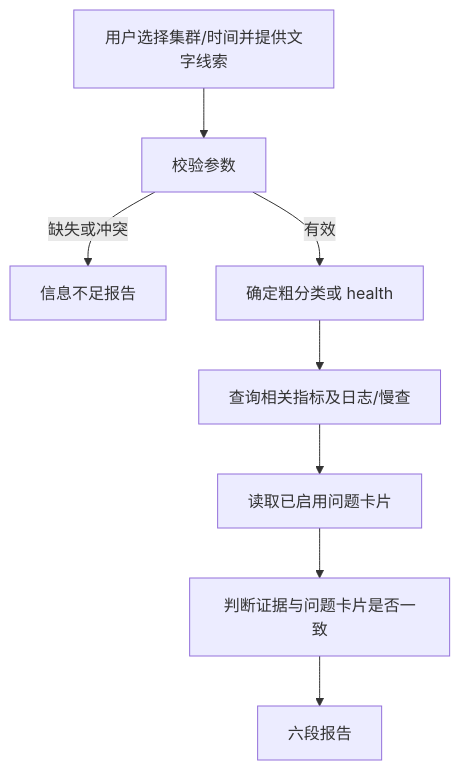
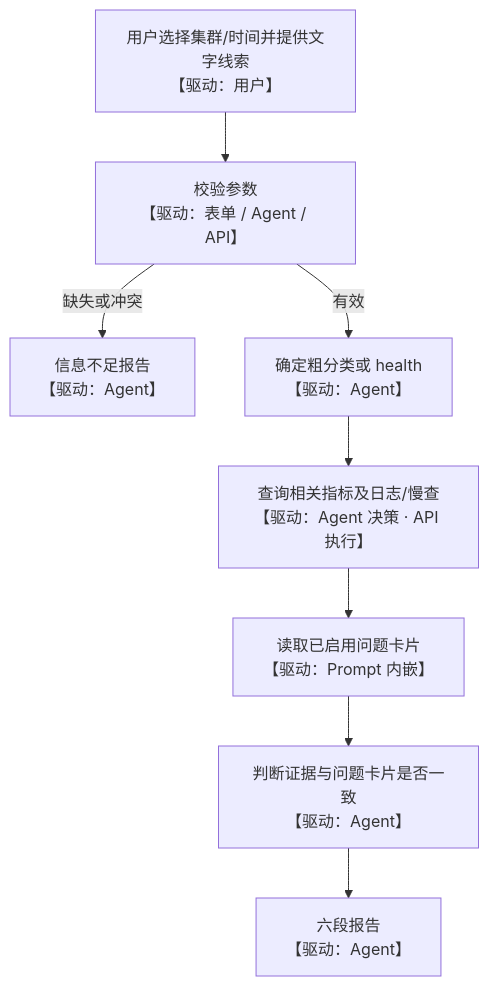
One commit to yangzhengjie/tidb-diag changed the first of 2 diagrams in docs/tidb-diag-agent-requirements.md. Above: the diagram before and after it, drawn with Mermaid. The commit also changed other lines of this file, not shown here.

````diff
--- a/docs/tidb-diag-agent-requirements.md
+++ b/docs/tidb-diag-agent-requirements.md
@@ -123,10 +123,10 @@
 ```mermaid
 flowchart TB
-    Start["用户选择集群/时间并提供文字线索"] --> Validate["校验参数"]
-    Validate -->|缺失或冲突| Insufficient["信息不足报告"]
-    Validate -->|有效| Route["确定粗分类或 health"]
-    Route --> Evidence["查询相关指标及日志/慢查"]
-    Evidence --> Card["读取已启用问题卡片"]
-    Card --> Decide["判断证据与问题卡片是否一致"]
-    Decide --> Report["六段报告"]
+    Start["用户选择集群/时间并提供文字线索<br/>【驱动：用户】"] --> Validate["校验参数<br/>【驱动：表单 / Agent / API】"]
+    Validate -->|缺失或冲突| Insufficient["信息不足报告<br/>【驱动：Agent】"]
+    Validate -->|有效| Route["确定粗分类或 health<br/>【驱动：Agent】"]
+    Route --> Evidence["查询相关指标及日志/慢查<br/>【驱动：Agent 决策 · API 执行】"]
+    Evidence --> Card["读取已启用问题卡片<br/>【驱动：Prompt 内嵌】"]
+    Card --> Decide["判断证据与问题卡片是否一致<br/>【驱动：Agent】"]
+    Decide --> Report["六段报告<br/>【驱动：Agent】"]
 ```
````
